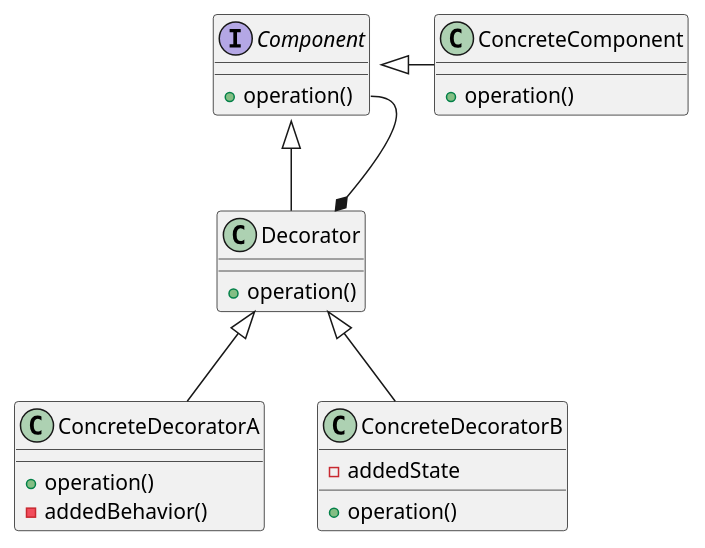
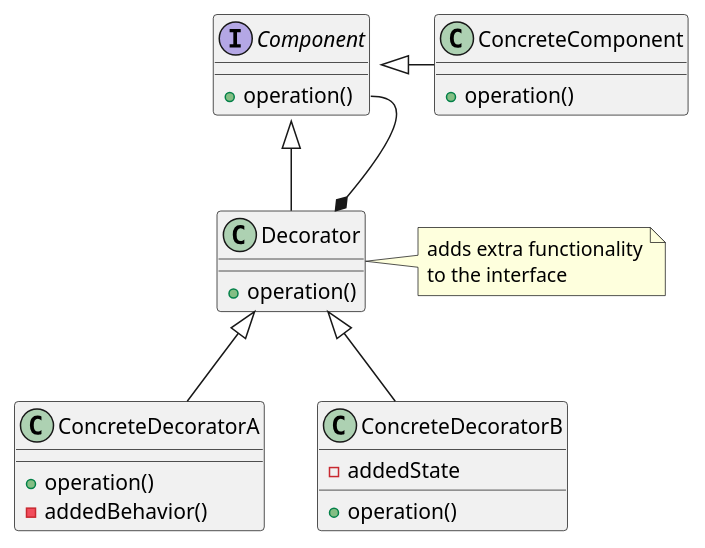
Before and after one commit to gyoridavid/design-patterns-typescript: the diagram in src/decorator/decorator.puml, drawn with PlantUML. The commit also changed 6 other files, not shown here.

```diff
--- a/src/decorator/decorator.puml
+++ b/src/decorator/decorator.puml
@@ -1,31 +1,36 @@
 @startuml
 
 interface Component {
     + operation()
 }
 
 class ConcreteComponent {
     + operation()
 }
 
 class Decorator {
     + operation()
 }
 
 class ConcreteDecoratorA {
     + operation()
     - addedBehavior()
 }
 
 class ConcreteDecoratorB {
     - addedState
     + operation()
 }
 
 Component <|- ConcreteComponent
 Component <|-- Decorator
 Decorator *-- Component::operation
 Decorator <|-- ConcreteDecoratorA
 Decorator <|-- ConcreteDecoratorB
 
+note right of Decorator
+    adds extra functionality
+    to the interface
+endnote
+
 @enduml
```
